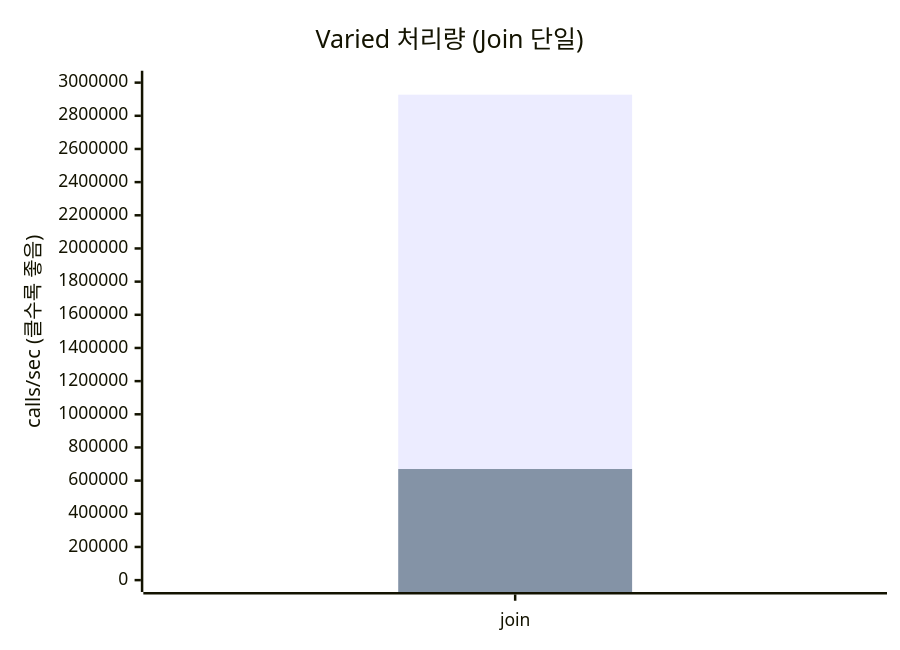
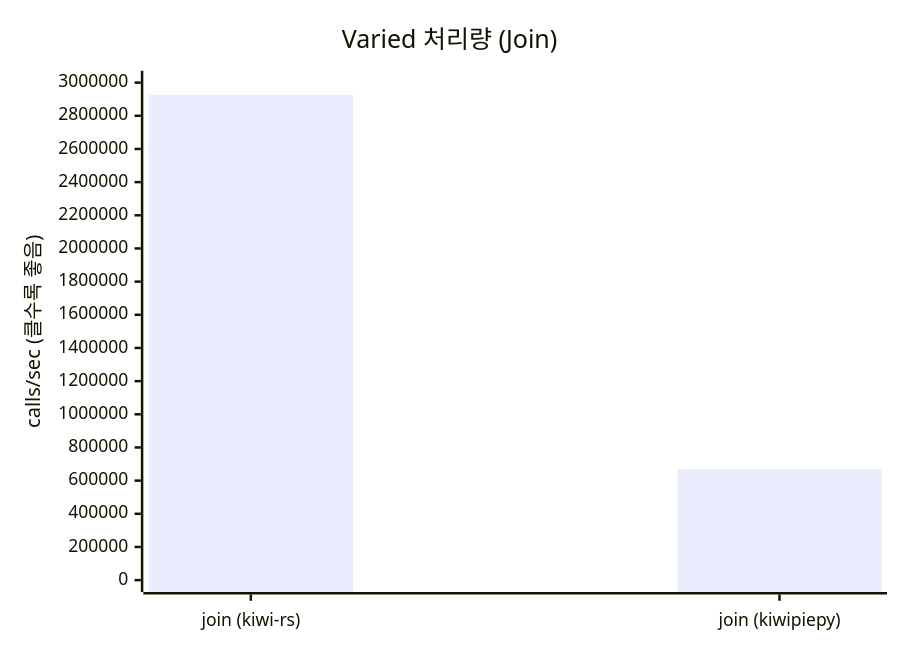
The sixth of 8 diagrams in README.ko.md (JAICHANGPARK/kiwi-rs), drawn with Mermaid before and after one commit. The commit also changed other lines of this file and 1 other file, not shown here.

Commit message:
docs: split benchmark absolute charts by engine

````diff
--- a/README.ko.md
+++ b/README.ko.md
@@ -385,8 +393,7 @@
 ```mermaid
 xychart-beta
-    title "Varied 처리량 (Join 단일)"
-    x-axis ["join"]
+    title "Varied 처리량 (Join)"
+    x-axis ["join (kiwi-rs)","join (kiwipiepy)"]
     y-axis "calls/sec (클수록 좋음)" 0 --> 3000000
-    bar [2927258.22]
-    bar [669983.08]
+    bar [2927258.22,669983.08]
 ```
````
